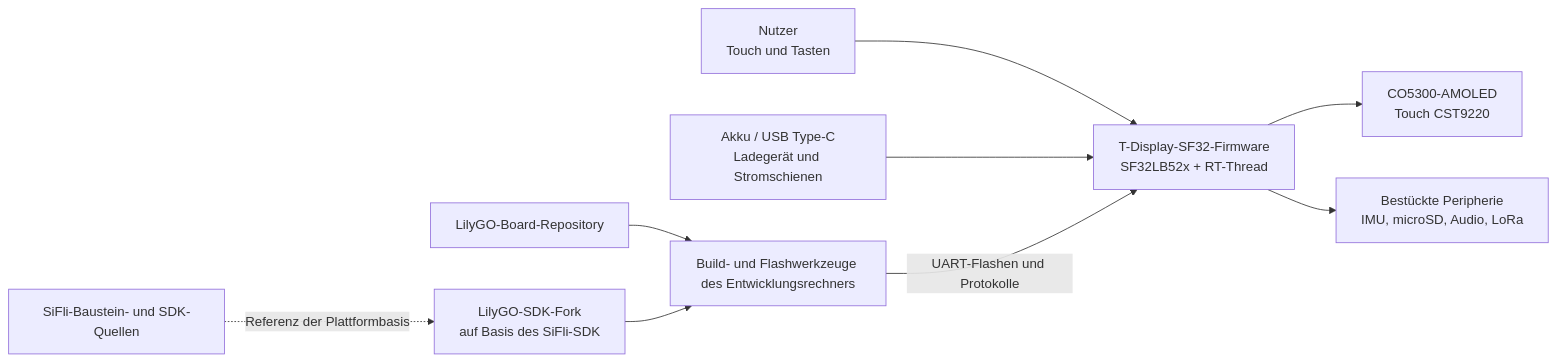
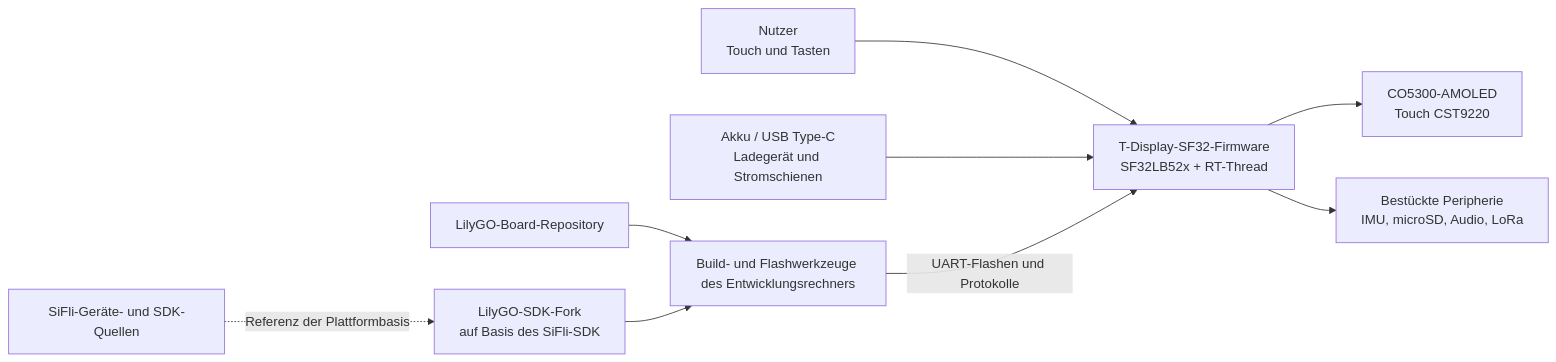
One commit to uForge-io/uforge-site changed the diagram in docs_de/projects/lilygo-t-display-sf32.md. Above: the diagram before and after it, drawn with Mermaid. The commit also changed other lines of this file and 1299 other files, not shown here.

````diff
--- a/docs_de/projects/lilygo-t-display-sf32.md
+++ b/docs_de/projects/lilygo-t-display-sf32.md
@@ -141,11 +141,11 @@
 ```mermaid
 flowchart LR
     U["Nutzer\nTouch und Tasten"] --> F["T-Display-SF32-Firmware\nSF32LB52x + RT-Thread"]
     F --> D["CO5300-AMOLED\nTouch CST9220"]
     F --> P["Bestückte Peripherie\nIMU, microSD, Audio, LoRa"]
     B["Akku / USB Type-C\nLadegerät und Stromschienen"] --> F
     H["Build- und Flashwerkzeuge des Entwicklungsrechners"] -->|"UART-Flashen und Protokolle"| F
     R["LilyGO-Board-Repository"] --> H
     S["LilyGO-SDK-Fork\nauf Basis des SiFli-SDK"] --> H
-    O["SiFli-Baustein- und SDK-Quellen"] -. "Referenz der Plattformbasis" .-> S
+    O["SiFli-Geräte- und SDK-Quellen"] -. "Referenz der Plattformbasis" .-> S
 ```
````
